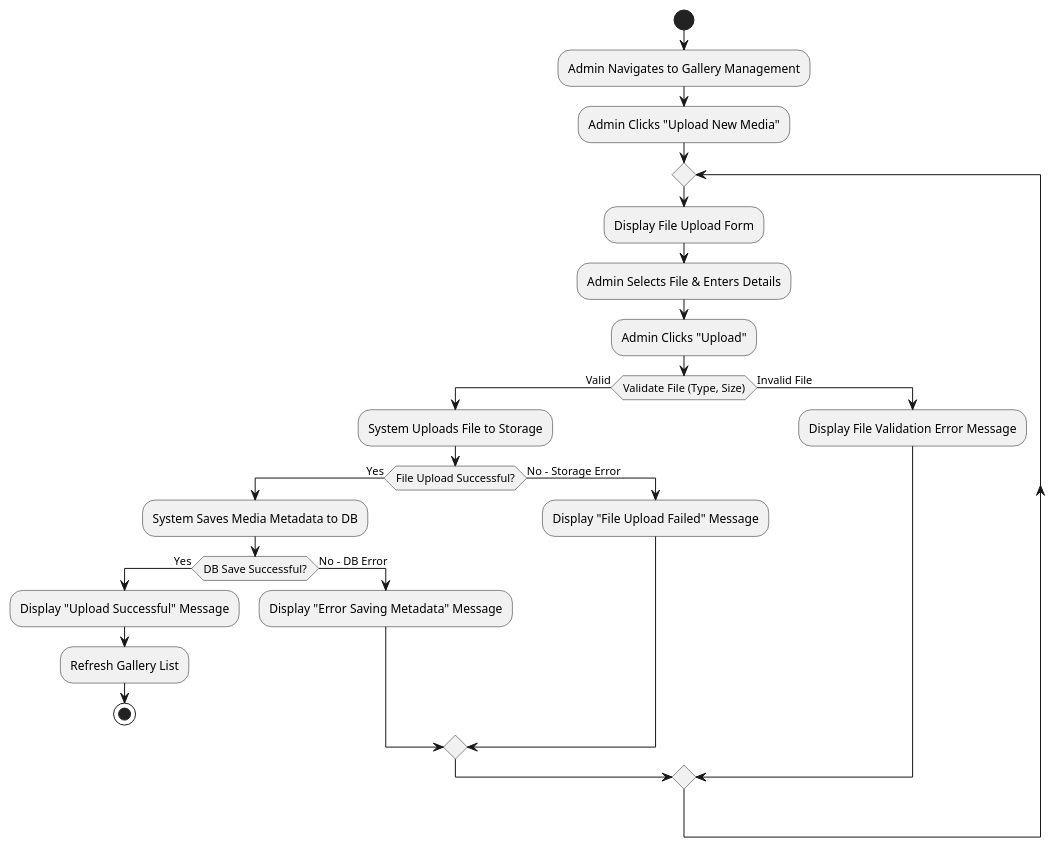
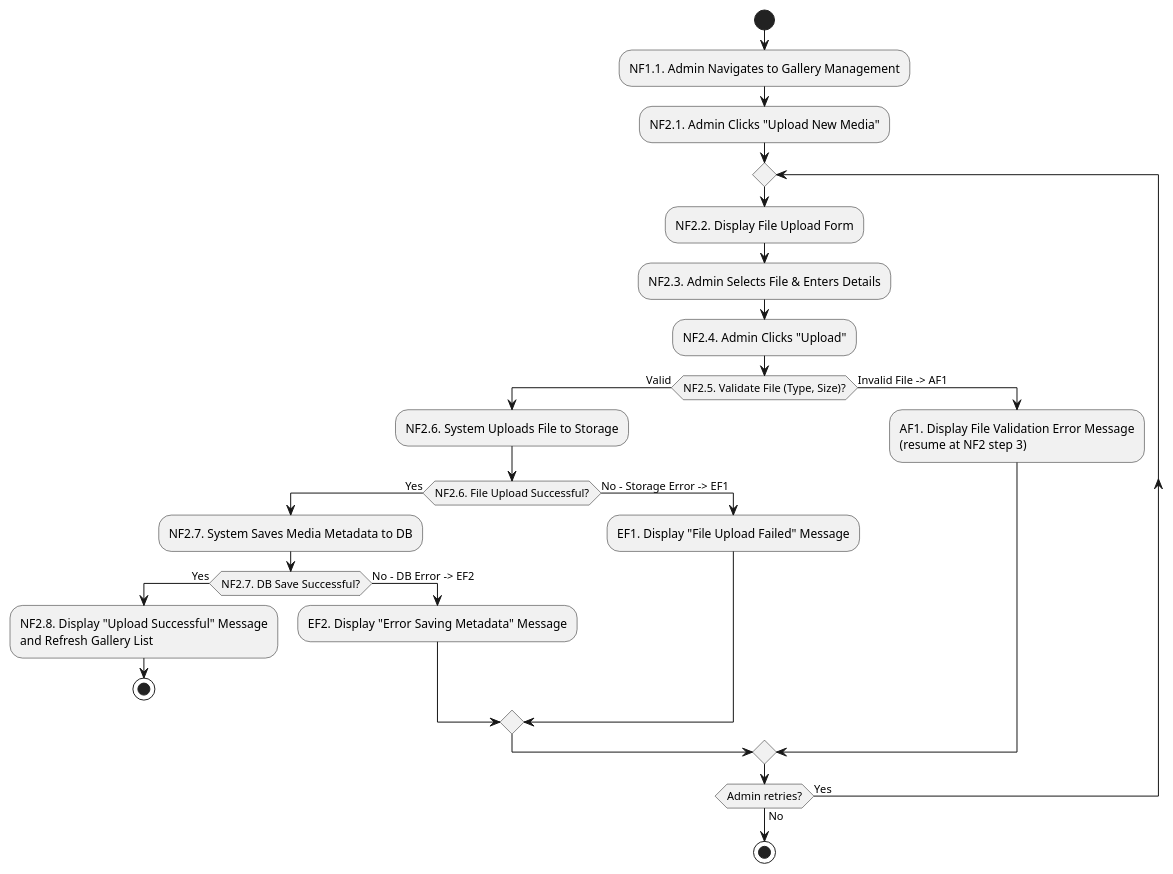
Before and after one commit to 7azmi/Al-Muneer-Portal: diagram 15 of 36 in Academic version/appendix: SRS.md, drawn with PlantUML. The commit also changed other lines of this file and 10 other files, not shown here.

````diff
--- a/Academic version/appendix: SRS.md
+++ b/Academic version/appendix: SRS.md
@@ -808,29 +867,31 @@
 ```plantuml
 @startuml
 start
-:Admin Navigates to Gallery Management;
-:Admin Clicks "Upload New Media";
+:NF1.1. Admin Navigates to Gallery Management;
+:NF2.1. Admin Clicks "Upload New Media";
 repeat
-  :Display File Upload Form;
-  :Admin Selects File & Enters Details;
-  :Admin Clicks "Upload";
-  if (Validate File (Type, Size)) then (Valid)
-    :System Uploads File to Storage;
-    if (File Upload Successful?) then (Yes)
-      :System Saves Media Metadata to DB;
-      if (DB Save Successful?) then (Yes)
-        :Display "Upload Successful" Message;
-        :Refresh Gallery List;
+  :NF2.2. Display File Upload Form;
+  :NF2.3. Admin Selects File & Enters Details;
+  :NF2.4. Admin Clicks "Upload";
+  if (NF2.5. Validate File (Type, Size)?) then (Valid)
+    :NF2.6. System Uploads File to Storage;
+    if (NF2.6. File Upload Successful?) then (Yes)
+      :NF2.7. System Saves Media Metadata to DB;
+      if (NF2.7. DB Save Successful?) then (Yes)
+        :NF2.8. Display "Upload Successful" Message
+        and Refresh Gallery List;
         stop
-      else (No - DB Error)
-        :Display "Error Saving Metadata" Message;
+      else (No - DB Error -> EF2)
+        :EF2. Display "Error Saving Metadata" Message;
       endif
-    else (No - Storage Error)
-      :Display "File Upload Failed" Message;
+    else (No - Storage Error -> EF1)
+      :EF1. Display "File Upload Failed" Message;
     endif
-  else (Invalid File)
-    :Display File Validation Error Message;
+  else (Invalid File -> AF1)
+    :AF1. Display File Validation Error Message
+    (resume at NF2 step 3);
   endif
-repeat while
+repeat while (Admin retries?) is (Yes) not (No)
+stop
 @enduml
 ```
````
